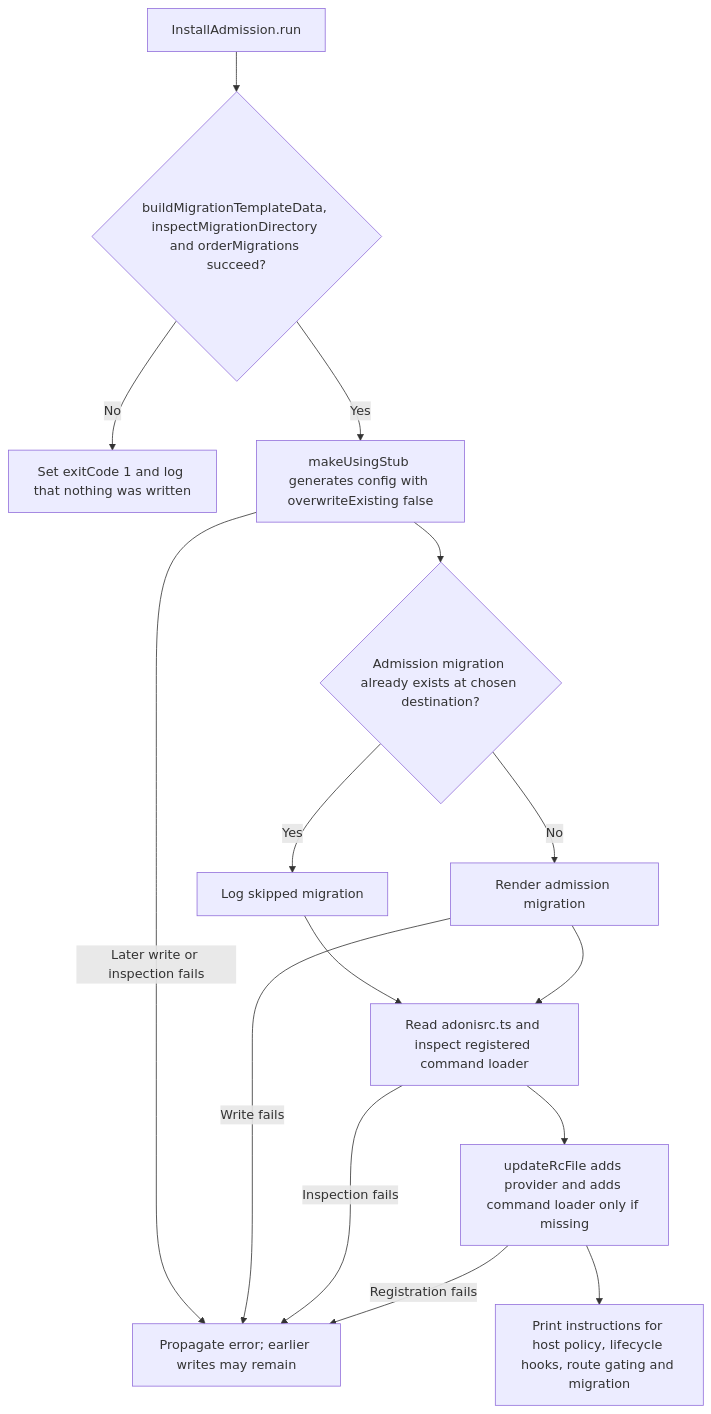
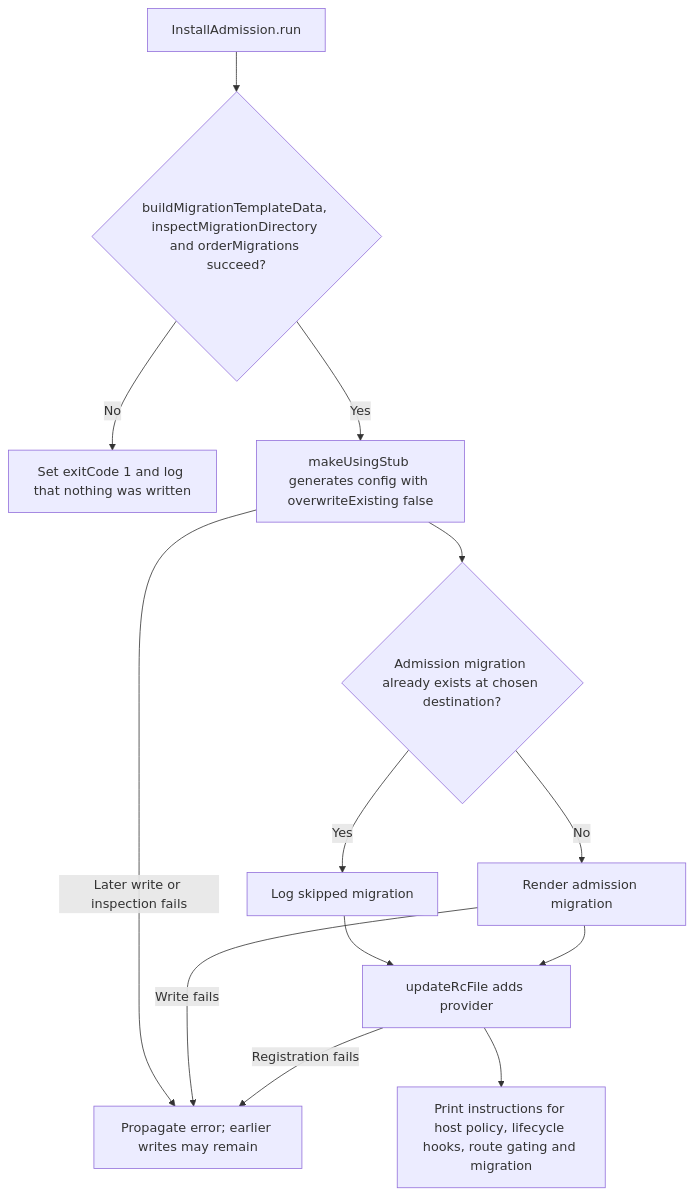
The second of 2 diagrams in user-stories/US-ACCOUNT-28-install-admission.md (Kevinjohn/oss-adonisjs-account-kit), drawn with Mermaid before and after one commit. The commit also changed other lines of this file, not shown here.

Commit message:
Say the admission installer registers only the provider in US-ACCOUNT-28

````diff
--- a/user-stories/US-ACCOUNT-28-install-admission.md
+++ b/user-stories/US-ACCOUNT-28-install-admission.md
@@ -36,17 +36,15 @@
 ```mermaid
 flowchart TD
  A["InstallAdmission.run"] --> B{"buildMigrationTemplateData, inspectMigrationDirectory and orderMigrations succeed?"}
  B -->|No| C["Set exitCode 1 and log that nothing was written"]
  B -->|Yes| D["makeUsingStub generates config with overwriteExisting false"]
  D --> E{"Admission migration already exists at chosen destination?"}
  E -->|Yes| F["Log skipped migration"]
  E -->|No| G["Render admission migration"]
- F --> H["Read adonisrc.ts and inspect registered command loader"]
- G --> H
+ F --> I["updateRcFile adds provider"]
+ G --> I
  D -->|Later write or inspection fails| X["Propagate error; earlier writes may remain"]
  G -->|Write fails| X
- H -->|Inspection fails| X
  I -->|Registration fails| X
- H --> I["updateRcFile adds provider and adds command loader only if missing"]
  I --> J["Print instructions for host policy, lifecycle hooks, route gating and migration"]
 ```
````
